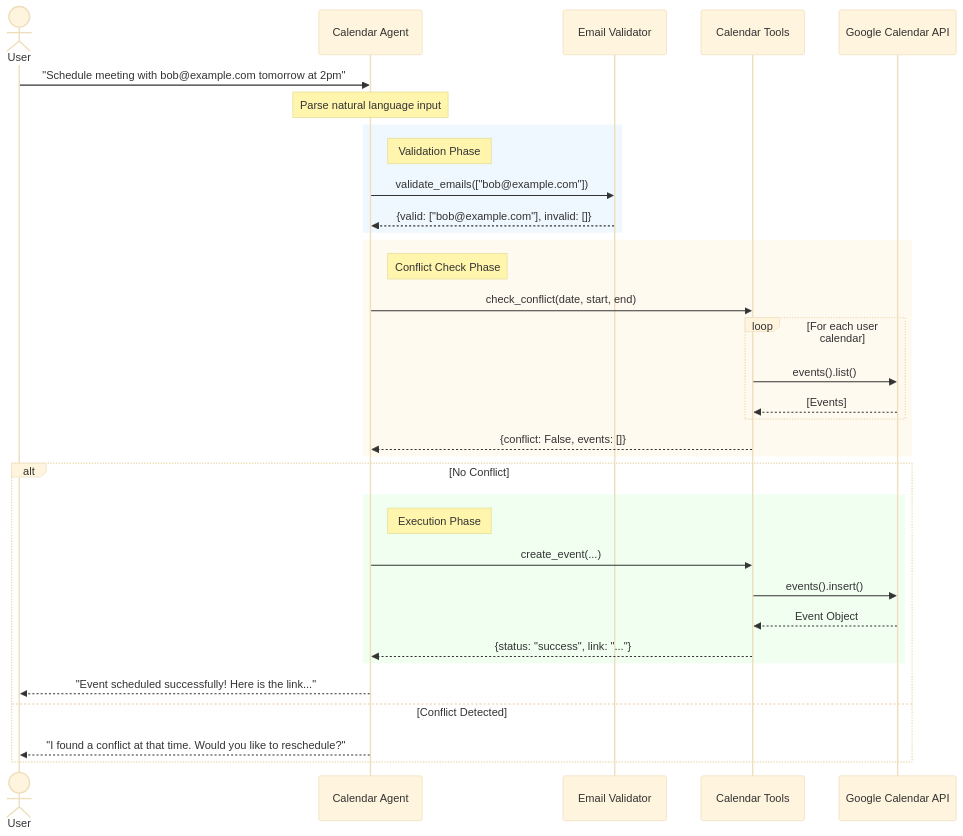
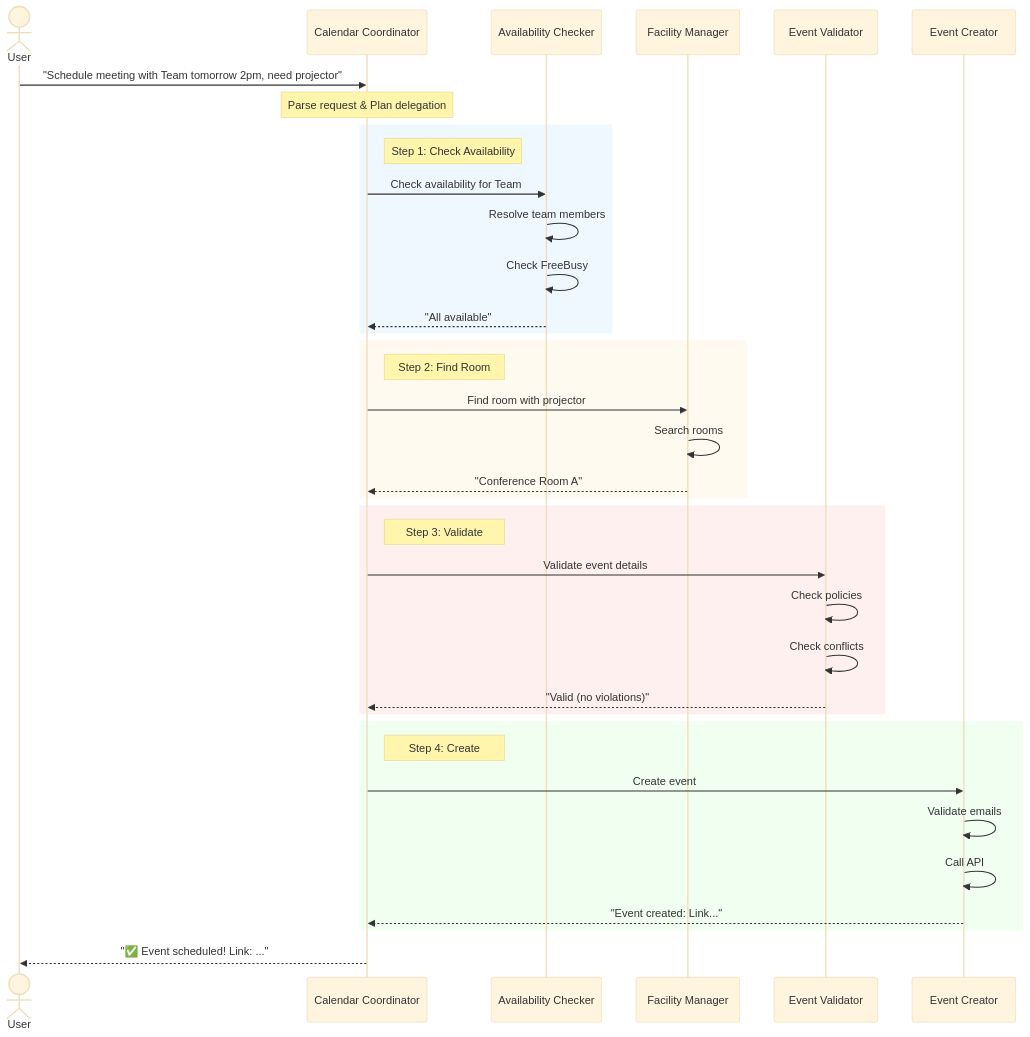
One commit to TheCapstoneTeam/calender_agent changed the second of 8 diagrams in docs/agent_diagrams.md. Above: the diagram before and after it, drawn with Mermaid (base theme). The commit also changed other lines of this file and 22 other files, not shown here.

````diff
--- a/docs/agent_diagrams.md
+++ b/docs/agent_diagrams.md
@@ -8,41 +49,46 @@
 ```mermaid
 sequenceDiagram
     actor User
-    participant Agent as Calendar Agent
-    participant EmailUtils as Email Validator
-    participant CalTools as Calendar Tools
-    participant GoogleAPI as Google Calendar API
+    participant Root as Calendar Coordinator
+    participant Avail as Availability Checker
+    participant Facility as Facility Manager
+    participant Validator as Event Validator
+    participant Creator as Event Creator
 
-    User->>Agent: "Schedule meeting with bob@example.com tomorrow at 2pm"
+    User->>Root: "Schedule meeting with Team tomorrow 2pm, need projector"
     
-    Note over Agent: Parse natural language input
-
+    Note over Root: Parse request & Plan delegation
+    
     rect rgb(240, 248, 255)
-        Note right of Agent: Validation Phase
-        Agent->>EmailUtils: validate_emails(["bob@example.com"])
-        EmailUtils-->>Agent: {valid: ["bob@example.com"], invalid: []}
+        Note right of Root: Step 1: Check Availability
+        Root->>Avail: Check availability for Team
+        Avail->>Avail: Resolve team members
+        Avail->>Avail: Check FreeBusy
+        Avail-->>Root: "All available"
     end
-
+    
     rect rgb(255, 250, 240)
-        Note right of Agent: Conflict Check Phase
-        Agent->>CalTools: check_conflict(date, start, end)
-        loop For each user calendar
-            CalTools->>GoogleAPI: events().list()
-            GoogleAPI-->>CalTools: [Events]
-        end
-        CalTools-->>Agent: {conflict: False, events: []}
+        Note right of Root: Step 2: Find Room
+        Root->>Facility: Find room with projector
+        Facility->>Facility: Search rooms
+        Facility-->>Root: "Conference Room A"
     end
-
-    alt No Conflict
-        rect rgb(240, 255, 240)
-            Note right of Agent: Execution Phase
-            Agent->>CalTools: create_event(...)
-            CalTools->>GoogleAPI: events().insert()
-            GoogleAPI-->>CalTools: Event Object
-            CalTools-->>Agent: {status: "success", link: "..."}
-        end
-        Agent-->>User: "Event scheduled successfully! Here is the link..."
-    else Conflict Detected
-        Agent-->>User: "I found a conflict at that time. Would you like to reschedule?"
+    
+    rect rgb(255, 240, 240)
+        Note right of Root: Step 3: Validate
+        Root->>Validator: Validate event details
+        Validator->>Validator: Check policies
+        Validator->>Validator: Check conflicts
+        Validator-->>Root: "Valid (no violations)"
     end
+    
+    rect rgb(240, 255, 240)
+        Note right of Root: Step 4: Create
+        Root->>Creator: Create event
+        Creator->>Creator: Validate emails
+        Creator->>Creator: Call API
+        Creator-->>Root: "Event created: Link..."
+    end
+    
+    Root-->>User: "✅ Event scheduled! Link: ..."
 ```
````
